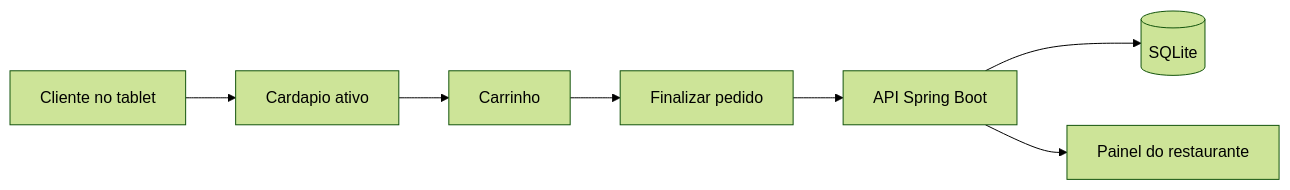
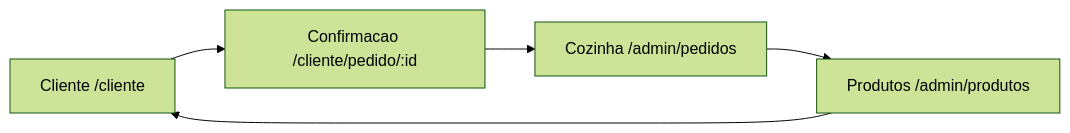
Before and after one commit to EduardoLavall/Burguer-restaurant-Springboot: the first of 6 diagrams in APRESENTACAO_AULA.md, drawn with Mermaid (forest theme). The commit also changed other lines of this file and 9 other files, not shown here.

````diff
--- a/APRESENTACAO_AULA.md
+++ b/APRESENTACAO_AULA.md
@@ -35,9 +76,7 @@
 ```mermaid
 flowchart LR
-    Cliente[Cliente no tablet] --> Cardapio[Cardapio ativo]
-    Cardapio --> Carrinho[Carrinho]
-    Carrinho --> Checkout[Finalizar pedido]
-    Checkout --> API[API Spring Boot]
-    API --> Banco[(SQLite)]
-    API --> Painel[Painel do restaurante]
+    A[Cliente /cliente] --> B[Confirmacao /cliente/pedido/:id]
+    B --> C[Cozinha /admin/pedidos]
+    C --> D[Produtos /admin/produtos]
+    D --> A
 ```
````
